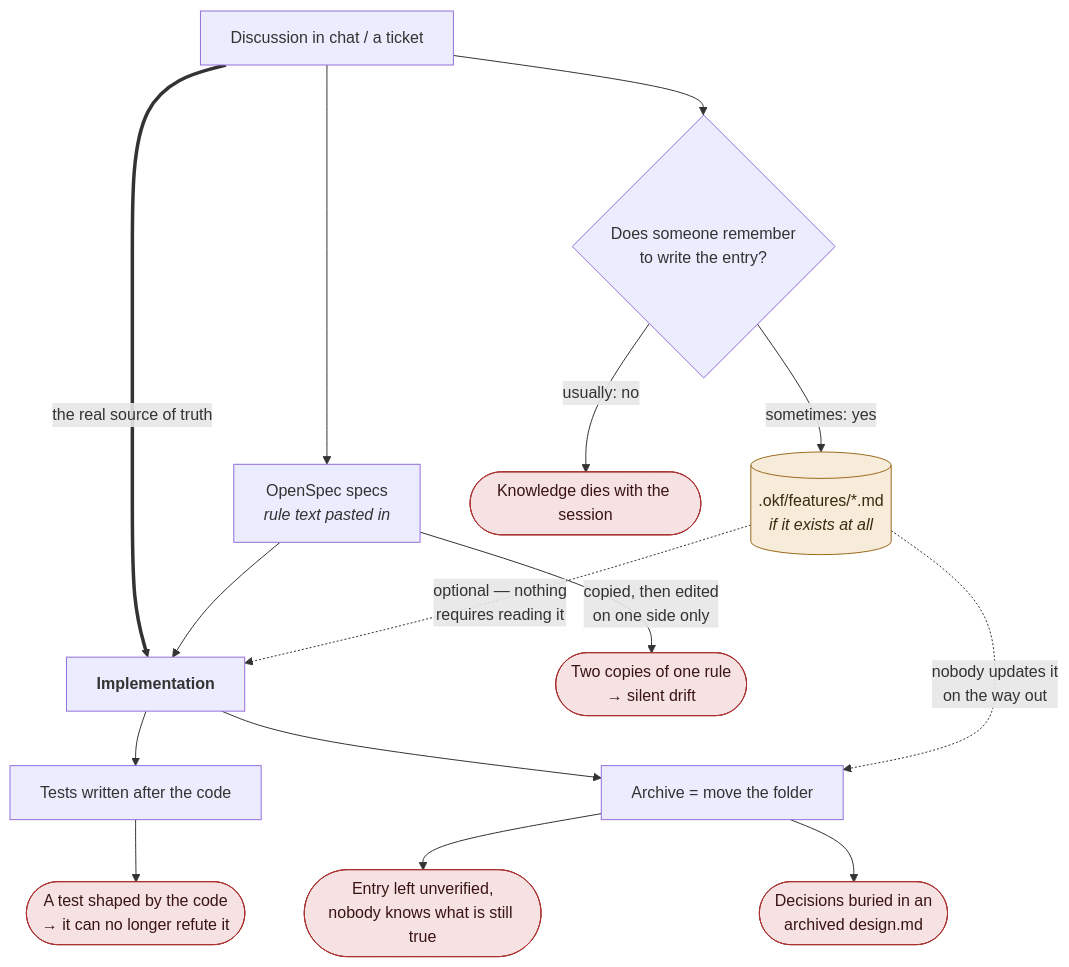
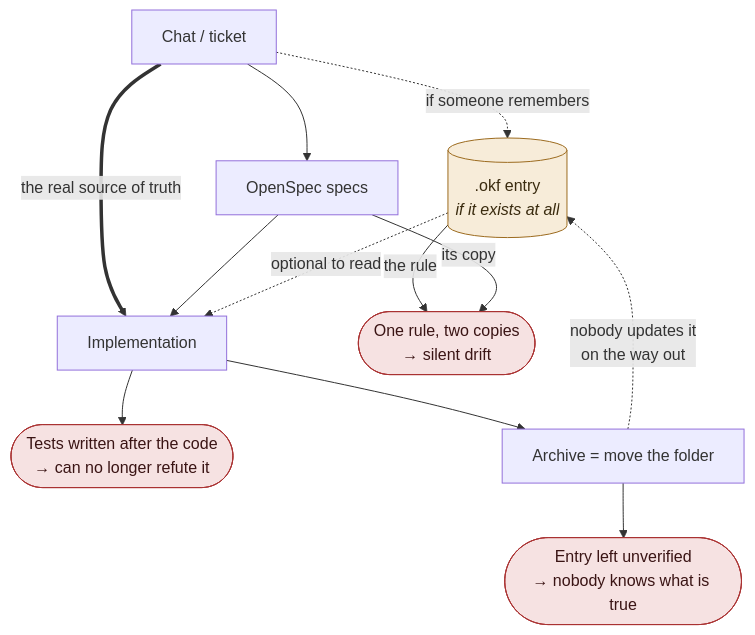
One commit to amagumolabs/okf-kit changed the first of 5 diagrams in docs/workflow-at-a-glance.md. Above: the diagram before and after it, drawn with Mermaid. The commit also changed other lines of this file and 66 other files, not shown here.

First line of the commit message:
feat: hygiene gate, okf next, entry scope filter, boundary coverage

````diff
--- a/docs/workflow-at-a-glance.md
+++ b/docs/workflow-at-a-glance.md
@@ -33,35 +33,28 @@
 ```mermaid
 flowchart TD
-    CHAT["Discussion in chat / a ticket"]
-    W{"Does someone remember<br/>to write the entry?"}
-    OKF[(".okf/features/*.md<br/><i>if it exists at all</i>")]
-    SPEC["OpenSpec specs<br/><i>rule text pasted in</i>"]
-    IMPL["<b>Implementation</b>"]
-    TEST["Tests written after the code"]
+    CHAT["Chat / ticket"]
+    OKF[(".okf entry<br/><i>if it exists at all</i>")]
+    SPEC["OpenSpec specs"]
+    IMPL["Implementation"]
+    TEST(["Tests written after the code<br/>→ can no longer refute it"])
     ARC["Archive = move the folder"]
+    DRIFT(["One rule, two copies<br/>→ silent drift"])
+    STALE(["Entry left unverified<br/>→ nobody knows what is true"])
 
-    L1(["Knowledge dies with the session"])
-    L2(["Two copies of one rule<br/>→ silent drift"])
-    L3(["A test shaped by the code<br/>→ it can no longer refute it"])
-    L4(["Entry left unverified,<br/>nobody knows what is still true"])
-    L5(["Decisions buried in an<br/>archived design.md"])
-
-    CHAT --> W
-    W -- "usually: no" --> L1
-    W -- "sometimes: yes" --> OKF
+    CHAT -. "if someone remembers" .-> OKF
     CHAT --> SPEC
-    SPEC -- "copied, then edited<br/>on one side only" --> L2
     CHAT ==>|"the real source of truth"| IMPL
     SPEC --> IMPL
-    OKF -. "optional — nothing<br/>requires reading it" .-> IMPL
-    IMPL --> TEST --> L3
+    OKF -. "optional to read" .-> IMPL
+    OKF -- "the rule" --> DRIFT
+    SPEC -- "its copy" --> DRIFT
+    IMPL --> TEST
     IMPL --> ARC
-    ARC --> L4
-    ARC --> L5
-    OKF -. "nobody updates it<br/>on the way out" .-> ARC
+    ARC -. "nobody updates it<br/>on the way out" .-> OKF
+    ARC --> STALE
 
     classDef leak fill:#f6e2e2,stroke:#a33,color:#3a1414
     classDef okf fill:#f7ecd9,stroke:#9c6b1f,color:#3a2b0f
-    class L1,L2,L3,L4,L5 leak
+    class TEST,DRIFT,STALE leak
     class OKF okf
 ```
````
